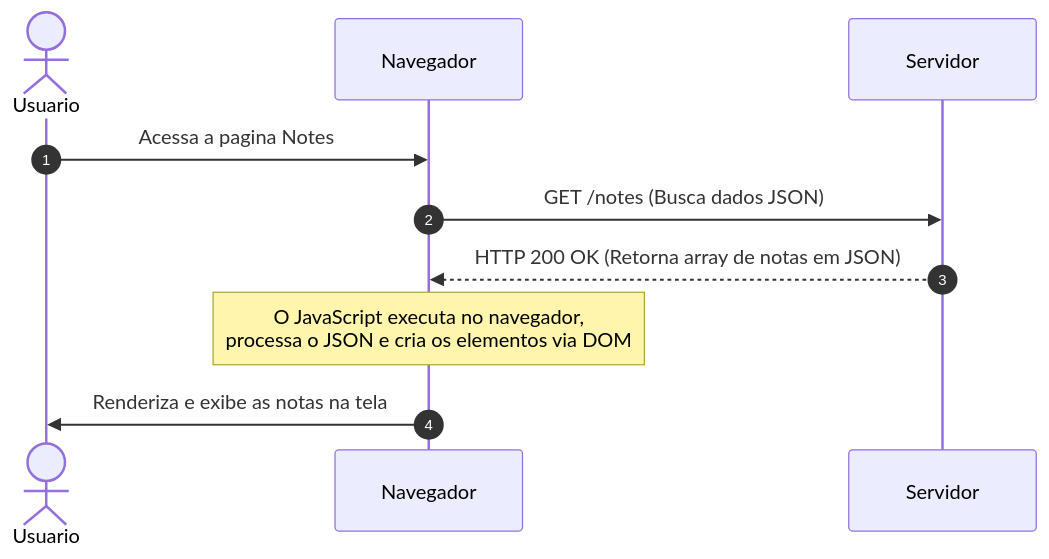
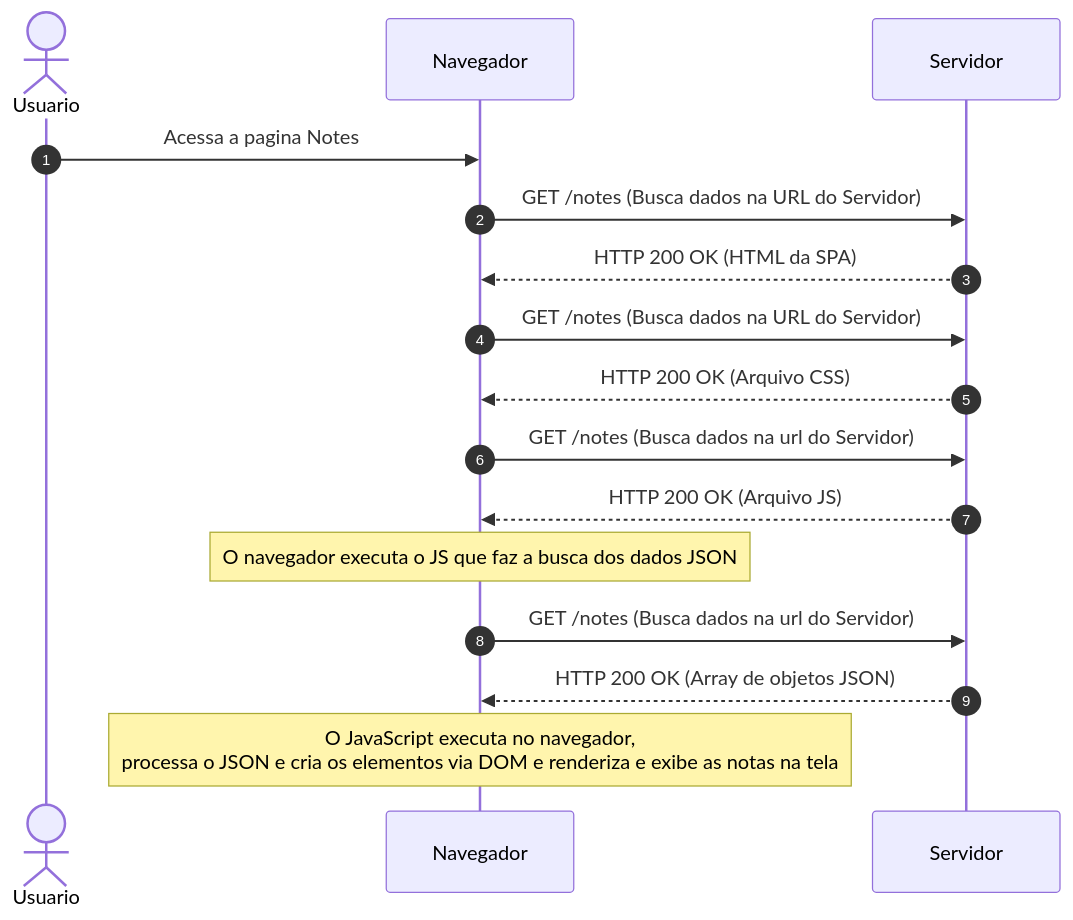
One commit to AdemirNetoDev/fullstack-open changed the diagram in part0/ex05.md. Above: the diagram before and after it, drawn with Mermaid. The commit also changed 1 other file, not shown here.

Commit message:
Correcao Exs

````diff
--- a/part0/ex05.md
+++ b/part0/ex05.md
@@ -1,14 +1,25 @@
 ```mermaid
 sequenceDiagram
     autonumber
     actor U as Usuario
     participant N as Navegador
     participant S as Servidor
 
     U->>N: Acessa a pagina Notes
-    N->>S: GET /notes (Busca dados JSON)
-    S-->>N: HTTP 200 OK (Retorna array de notas em JSON)
+    N->>S: GET /notes (Busca dados na URL do Servidor)
+    S-->>N: HTTP 200 OK (HTML da SPA)
 
-    Note over N: O JavaScript executa no navegador, <br/>processa o JSON e cria os elementos via DOM
-    N->>U: Renderiza e exibe as notas na tela
+
+    N->>S: GET /notes (Busca dados na URL do Servidor)
+    S-->>N: HTTP 200 OK (Arquivo CSS)
+
+    N->>S: GET /notes (Busca dados na url do Servidor)
+    S-->>N: HTTP 200 OK (Arquivo JS)
+
+    Note over N: O navegador executa o JS que faz a busca dos dados JSON
+
+    N->>S: GET /notes (Busca dados na url do Servidor)
+    S-->>N: HTTP 200 OK (Array de objetos JSON)
+
+    Note over N: O JavaScript executa no navegador, <br/>processa o JSON e cria os elementos via DOM e renderiza e exibe as notas na tela
 ```
````
